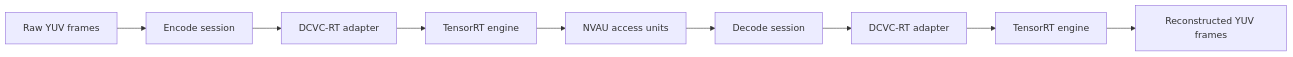
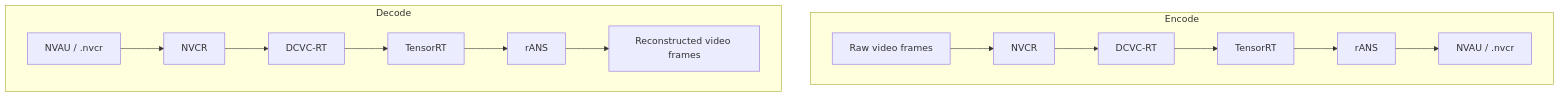
Before and after one commit to 0elghati/nvcr: the first of 2 diagrams in docs/architecture.md, drawn with Mermaid. The commit also changed other lines of this file and 11 other files, not shown here.

Commit message:
docs: clarify NVCR architecture and onboarding

````diff
--- a/docs/architecture.md
+++ b/docs/architecture.md
@@ -29,11 +15,17 @@
 ```mermaid
-flowchart LR
-    Raw[Raw YUV frames] --> Encode[Encode session]
-    Encode --> Adapter[DCVC-RT adapter]
-    Adapter --> Engine[TensorRT engine]
-    Engine --> AccessUnit[NVAU access units]
-    AccessUnit --> Decode[Decode session]
-    Decode --> Adapter2[DCVC-RT adapter]
-    Adapter2 --> Engine2[TensorRT engine]
-    Engine2 --> Output[Reconstructed YUV frames]
+flowchart TB
+    subgraph Encode
+        Raw[Raw video frames] --> E1[NVCR]
+        E1 --> E2[DCVC-RT]
+        E2 --> E3[TensorRT]
+        E3 --> E4[rANS]
+        E4 --> Stream[NVAU / .nvcr]
+    end
+    subgraph Decode
+        Stream2[NVAU / .nvcr] --> D1[NVCR]
+        D1 --> D2[DCVC-RT]
+        D2 --> D3[TensorRT]
+        D3 --> D4[rANS]
+        D4 --> Output[Reconstructed video frames]
+    end
 ```
````
